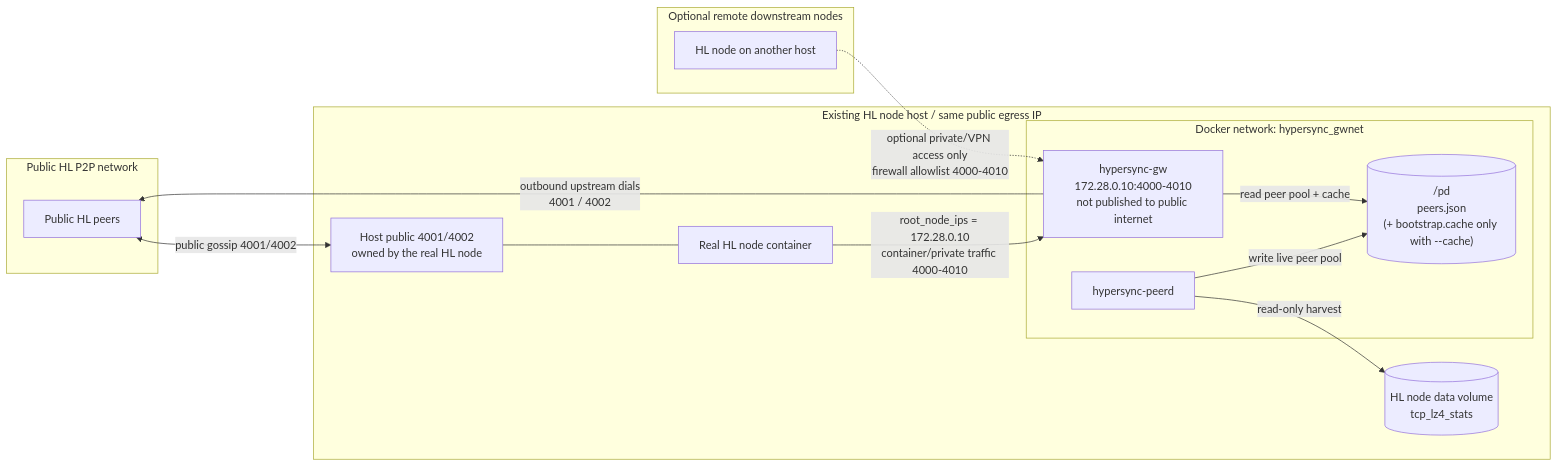
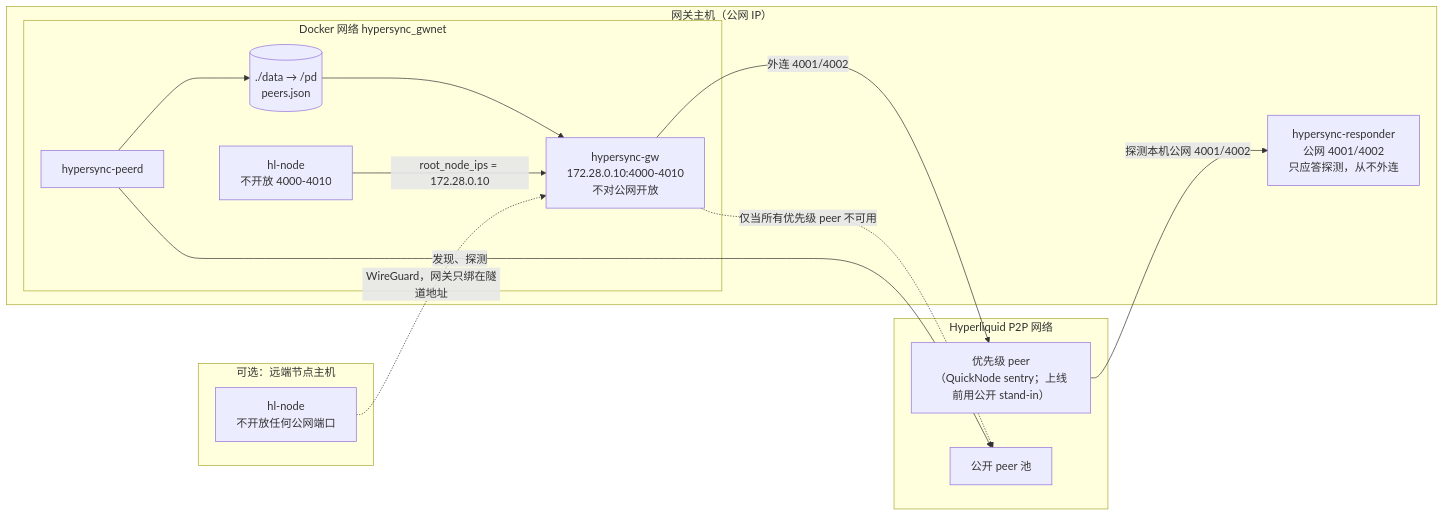
The diagram in docs/deploy-existing-hlnode.md (bufrr/hypersync), drawn with Mermaid before and after one commit. The commit also changed other lines of this file, not shown here.

First line of the commit message:
docs: rewrite the deployment guide for the responder topology

````diff
--- a/docs/deploy-existing-hlnode.md
+++ b/docs/deploy-existing-hlnode.md
@@ -9,31 +9,29 @@
 ```mermaid
 flowchart LR
-  subgraph P["Public HL P2P network"]
-    PEERS["Public HL peers"]
+  subgraph NET["Hyperliquid P2P 网络"]
+    PRIO["优先级 peer<br/>（QuickNode sentry；上线前用公开 stand-in）"]
+    POOL["公开 peer 池"]
   end
 
-  subgraph H["Existing HL node host / same public egress IP"]
-    PUB["Host public 4001/4002<br/>owned by the real HL node"]
-    HL["Real HL node container"]
-    DATA[("HL node data volume<br/>tcp_lz4_stats")]
-
-    subgraph GNET["Docker network: hypersync_gwnet"]
-      GW["hypersync-gw<br/>172.28.0.10:4000-4010<br/>not published to public internet"]
+  subgraph H["网关主机（公网 IP）"]
+    RESP["hypersync-responder<br/>公网 4001/4002<br/>只应答探测，从不外连"]
+    subgraph GNET["Docker 网络 hypersync_gwnet"]
+      GW["hypersync-gw<br/>172.28.0.10:4000-4010<br/>不对公网开放"]
       PEERD["hypersync-peerd"]
-      PD[("/pd<br/>peers.json<br/>(+ bootstrap.cache only with --cache)")]
+      PD[("./data → /pd<br/>peers.json")]
+      NODE["hl-node<br/>不开放 4000-4010"]
     end
   end
 
-  subgraph R["Optional remote downstream nodes"]
-    RHL["HL node on another host"]
+  subgraph R["可选：远端节点主机"]
+    RNODE["hl-node<br/>不开放任何公网端口"]
   end
 
-  PEERS <-- "public gossip 4001/4002" --> PUB
-  PUB --- HL
-  HL -- "root_node_ips = 172.28.0.10<br/>container/private traffic 4000-4010" --> GW
-  GW -- "outbound upstream dials<br/>4001 / 4002" --> PEERS
-  PEERD -- "read-only harvest" --> DATA
-  PEERD -- "write live peer pool" --> PD
-  GW -- "read peer pool + cache" --> PD
-  RHL -. "optional private/VPN access only<br/>firewall allowlist 4000-4010" .-> GW
+  PRIO -- "探测本机公网 4001/4002" --> RESP
+  GW -- "外连 4001/4002" --> PRIO
+  GW -. "仅当所有优先级 peer 不可用" .-> POOL
+  PEERD -- "发现、探测" --> POOL
+  PEERD --> PD --> GW
+  NODE -- "root_node_ips = 172.28.0.10" --> GW
+  RNODE -. "WireGuard，网关只绑在隧道地址" .-> GW
 ```
````
